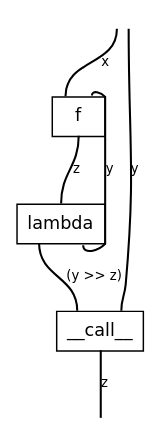
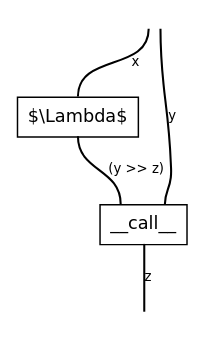
The diagram in docs/_static/cmap/biclosed-curry-left.dot (discopy/discopy), drawn with Graphviz before and after one commit. The commit also changed 8 other files, not shown here.

```diff
--- a/docs/_static/cmap/biclosed-curry-left.dot
+++ b/docs/_static/cmap/biclosed-curry-left.dot
@@ -1,18 +1,15 @@
 graph cmap {
   graph [bgcolor="white", fontname="DejaVu Sans", layout="dot", margin="0.04", outputorder="edgesfirst", overlap="false", rankdir="TB", splines="true"];
   node [color="black", fontname="DejaVu Sans", fontsize="12", margin="0", shape="plain"];
   edge [color="black", fontname="DejaVu Sans", fontsize="9", headclip="true", penwidth="1.4", tailclip="true"];
-  v0 [label=<<TABLE BORDER="0" CELLBORDER="0" CELLSPACING="0"><TR><TD PORT="p2" TOOLTIP="dom 0: x (up, up)" BORDER="0" CELLPADDING="0" COLSPAN="1" WIDTH="18" HEIGHT="0"></TD><TD PORT="p3" TOOLTIP="dom 1: y (up, up)" BORDER="0" CELLPADDING="0" COLSPAN="1" WIDTH="18" HEIGHT="0"></TD></TR><TR><TD BORDER="1" CELLPADDING="6" COLSPAN="2" WIDTH="36">f</TD></TR><TR><TD PORT="p4" TOOLTIP="cod 0: z (down, down)" BORDER="0" CELLPADDING="0" COLSPAN="2" WIDTH="36" HEIGHT="0"></TD></TR></TABLE>>];
-  v1 [label=<<TABLE BORDER="0" CELLBORDER="0" CELLSPACING="0"><TR><TD PORT="p5" TOOLTIP="dom 0: z (up, up)" BORDER="0" CELLPADDING="0" COLSPAN="2" WIDTH="36" HEIGHT="0"></TD></TR><TR><TD BORDER="1" CELLPADDING="6" COLSPAN="2" WIDTH="36">lambda</TD></TR><TR><TD PORT="p7" TOOLTIP="cod 0: (y &gt;&gt; z) (down, down)" BORDER="0" CELLPADDING="0" COLSPAN="1" WIDTH="18" HEIGHT="0"></TD><TD PORT="p6" TOOLTIP="cod 1: y (down, down)" BORDER="0" CELLPADDING="0" COLSPAN="1" WIDTH="18" HEIGHT="0"></TD></TR></TABLE>>];
-  v2 [label=<<TABLE BORDER="0" CELLBORDER="0" CELLSPACING="0"><TR><TD PORT="p8" TOOLTIP="dom 0: (y &gt;&gt; z) (up, up)" BORDER="0" CELLPADDING="0" COLSPAN="1" WIDTH="18" HEIGHT="0"></TD><TD PORT="p9" TOOLTIP="dom 1: y (up, up)" BORDER="0" CELLPADDING="0" COLSPAN="1" WIDTH="18" HEIGHT="0"></TD></TR><TR><TD BORDER="1" CELLPADDING="6" COLSPAN="2" WIDTH="36">__call__</TD></TR><TR><TD PORT="p10" TOOLTIP="cod 0: z (down, down)" BORDER="0" CELLPADDING="0" COLSPAN="2" WIDTH="36" HEIGHT="0"></TD></TR></TABLE>>];
+  v0 [label=<<TABLE BORDER="0" CELLBORDER="0" CELLSPACING="0"><TR><TD PORT="p2" TOOLTIP="dom 0: x (up, up)" BORDER="0" CELLPADDING="0" COLSPAN="1" WIDTH="18" HEIGHT="0"></TD></TR><TR><TD BORDER="1" CELLPADDING="6" COLSPAN="1" WIDTH="18">$\Lambda$</TD></TR><TR><TD PORT="p3" TOOLTIP="cod 0: (y &gt;&gt; z) (down, down)" BORDER="0" CELLPADDING="0" COLSPAN="1" WIDTH="18" HEIGHT="0"></TD></TR></TABLE>>];
+  v1 [label=<<TABLE BORDER="0" CELLBORDER="0" CELLSPACING="0"><TR><TD PORT="p4" TOOLTIP="dom 0: (y &gt;&gt; z) (up, up)" BORDER="0" CELLPADDING="0" COLSPAN="1" WIDTH="18" HEIGHT="0"></TD><TD PORT="p5" TOOLTIP="dom 1: y (up, up)" BORDER="0" CELLPADDING="0" COLSPAN="1" WIDTH="18" HEIGHT="0"></TD></TR><TR><TD BORDER="1" CELLPADDING="6" COLSPAN="2" WIDTH="36">__call__</TD></TR><TR><TD PORT="p6" TOOLTIP="cod 0: z (down, down)" BORDER="0" CELLPADDING="0" COLSPAN="2" WIDTH="36" HEIGHT="0"></TD></TR></TABLE>>];
   input [label=<<TABLE BORDER="0" CELLBORDER="0" CELLSPACING="0"><TR><TD PORT="p0" TOOLTIP="input 0: x" BORDER="0" CELLPADDING="4"></TD><TD PORT="p1" TOOLTIP="input 1: y" BORDER="0" CELLPADDING="4"></TD></TR></TABLE>>];
-  output [label=<<TABLE BORDER="0" CELLBORDER="0" CELLSPACING="0"><TR><TD PORT="p11" TOOLTIP="output 0: z" BORDER="0" CELLPADDING="4"></TD></TR></TABLE>>];
+  output [label=<<TABLE BORDER="0" CELLBORDER="0" CELLSPACING="0"><TR><TD PORT="p7" TOOLTIP="output 0: z" BORDER="0" CELLPADDING="4"></TD></TR></TABLE>>];
   { rank=min; input; }
   { rank=max; output; }
   input:p0:s -- v0:p2:n [label="x", labeldistance="1.6", len="0.85"];
-  input:p1:s -- v2:p9:n [label="y", labeldistance="1.6", len="0.85"];
-  v0:p3:n -- v1:p6:s [label="y", labeldistance="1.6", len="0.85"];
-  v0:p4:s -- v1:p5:n [label="z", labeldistance="1.6", len="0.85"];
-  v1:p7:s -- v2:p8:n [label="(y >> z)", labeldistance="1.6", len="0.85"];
-  v2:p10:s -- output:p11:n [label="z", labeldistance="1.6", len="0.85"];
+  input:p1:s -- v1:p5:n [label="y", labeldistance="1.6", len="0.85"];
+  v0:p3:s -- v1:p4:n [label="(y >> z)", labeldistance="1.6", len="0.85"];
+  v1:p6:s -- output:p7:n [label="z", labeldistance="1.6", len="0.85"];
 }
```
